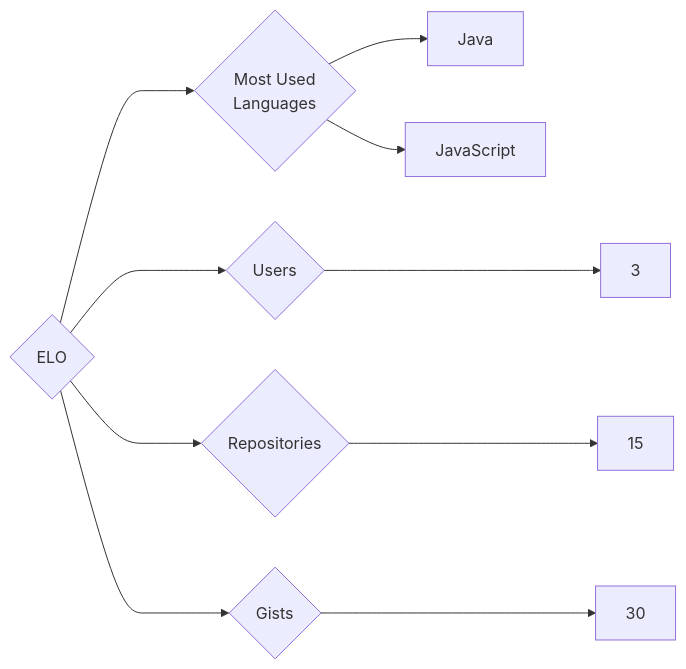
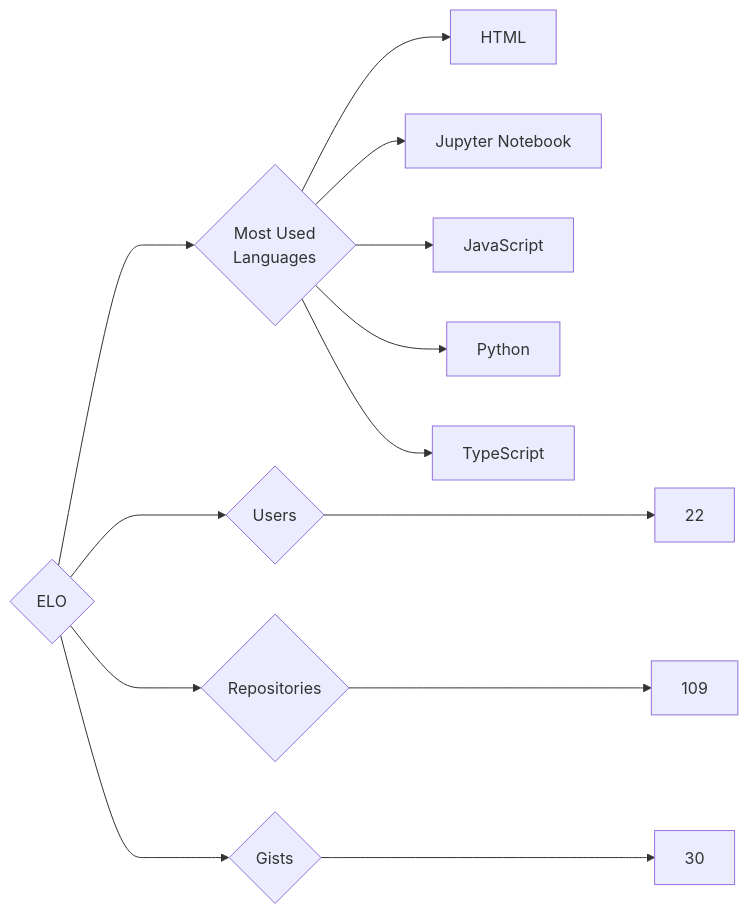
Before and after one commit to trickest/insiders: the diagram in targets/ELO/README.md, drawn with Mermaid. The commit also changed 786 other files, not shown here.

````diff
--- a/targets/ELO/README.md
+++ b/targets/ELO/README.md
@@ -3,10 +3,13 @@
 ```mermaid
 graph LR
 COMPANY_NAME{ELO}
-COMPANY_NAME ---> U{Users} ---> UN[3]
-COMPANY_NAME ---> R{Repositories} ---> RN[15]
+COMPANY_NAME ---> U{Users} ---> UN[22]
+COMPANY_NAME ---> R{Repositories} ---> RN[109]
 COMPANY_NAME ---> G{Gists} ---> GN[30]
 COMPANY_NAME ---> ML{Most Used<br>Languages}
-ML --> Java[Java]
+ML --> HTML[HTML]
+ML --> Jupyter_Notebook[Jupyter Notebook]
 ML --> JavaScript[JavaScript]
+ML --> Python[Python]
+ML --> TypeScript[TypeScript]
 ```
````
